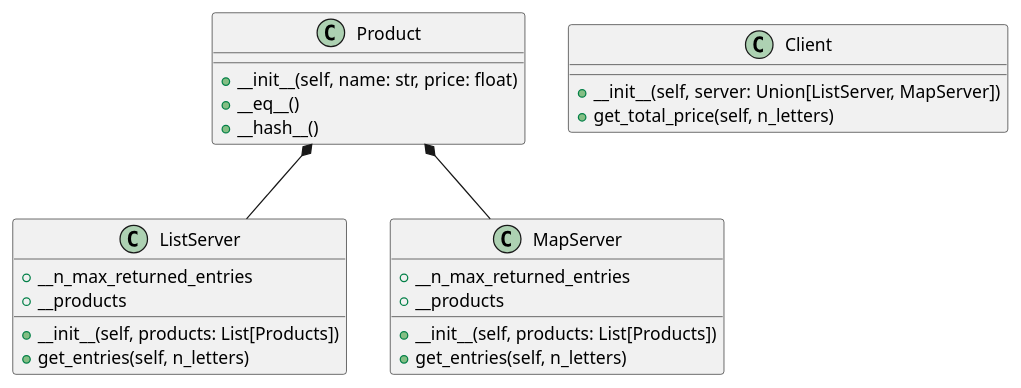
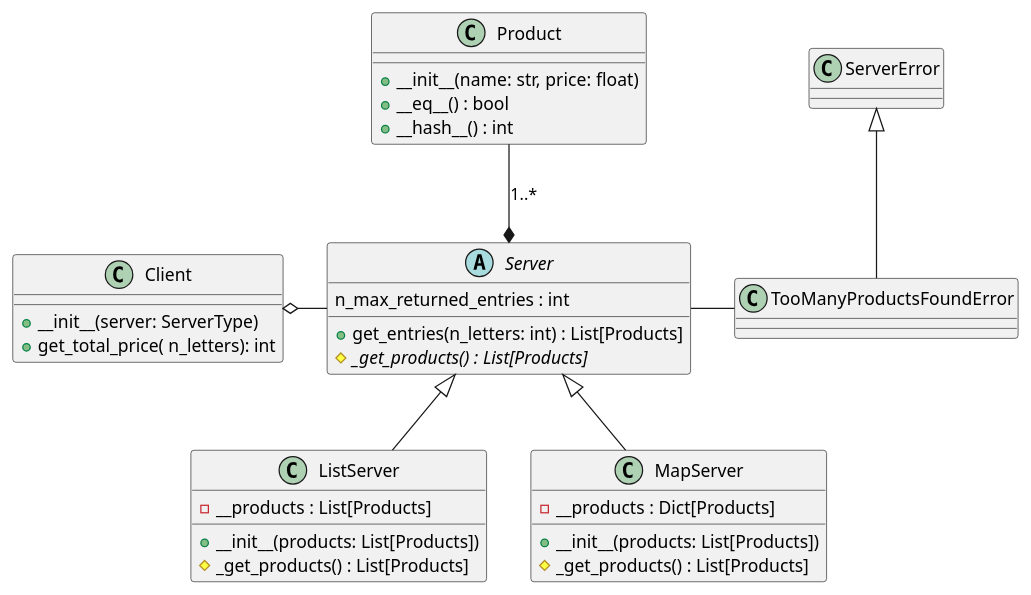
Before and after one commit to Mac-Adam/Serwery-ZPO: the diagram in uml.puml, drawn with PlantUML. The commit also changed 4 other files, not shown here.

```diff
--- a/uml.puml
+++ b/uml.puml
@@ -1,31 +1,46 @@
 @startuml 
 
  class Product {
-    +__init__(self, name: str, price: float)
-    +__eq__()
-    +__hash__()
+    +__init__(name: str, price: float)
+    +__eq__() : bool
+    +__hash__() : int
 
 }
+
+
+abstract class Server {
+    n_max_returned_entries : int
+    +get_entries(n_letters: int) : List[Products]
+    #{abstract} _get_products() : List[Products]
+}
 class ListServer {
-    +__init__(self, products: List[Products])
-    +get_entries(self, n_letters)
-    +__n_max_returned_entries
-    +__products
+    -__products : List[Products]
+    +__init__(products: List[Products])
+    #_get_products() : List[Products]
 }
 class MapServer {
-    +__init__(self, products: List[Products])
-    +get_entries(self, n_letters)
-    +__n_max_returned_entries
-    +__products
+    -__products : Dict[Products]
+    +__init__(products: List[Products])
+    #_get_products() : List[Products]
 }
 
 class Client {
-    +__init__(self, server: Union[ListServer, MapServer])
-    +get_total_price(self, n_letters)
+    +__init__(server: ServerType)
+    +get_total_price( n_letters): int
 }
+class ServerError
 
+class TooManyProductsFoundError
 
-Product *-- MapServer
-Product *-- ListServer
+ServerError <|-- TooManyProductsFoundError
+
+Server -Right- TooManyProductsFoundError
+
+Server <|-- MapServer
+Server <|-- ListServer
+
+Product --* Server : 1..*
+
+Server -Left-o Client
 
 @enduml
```
